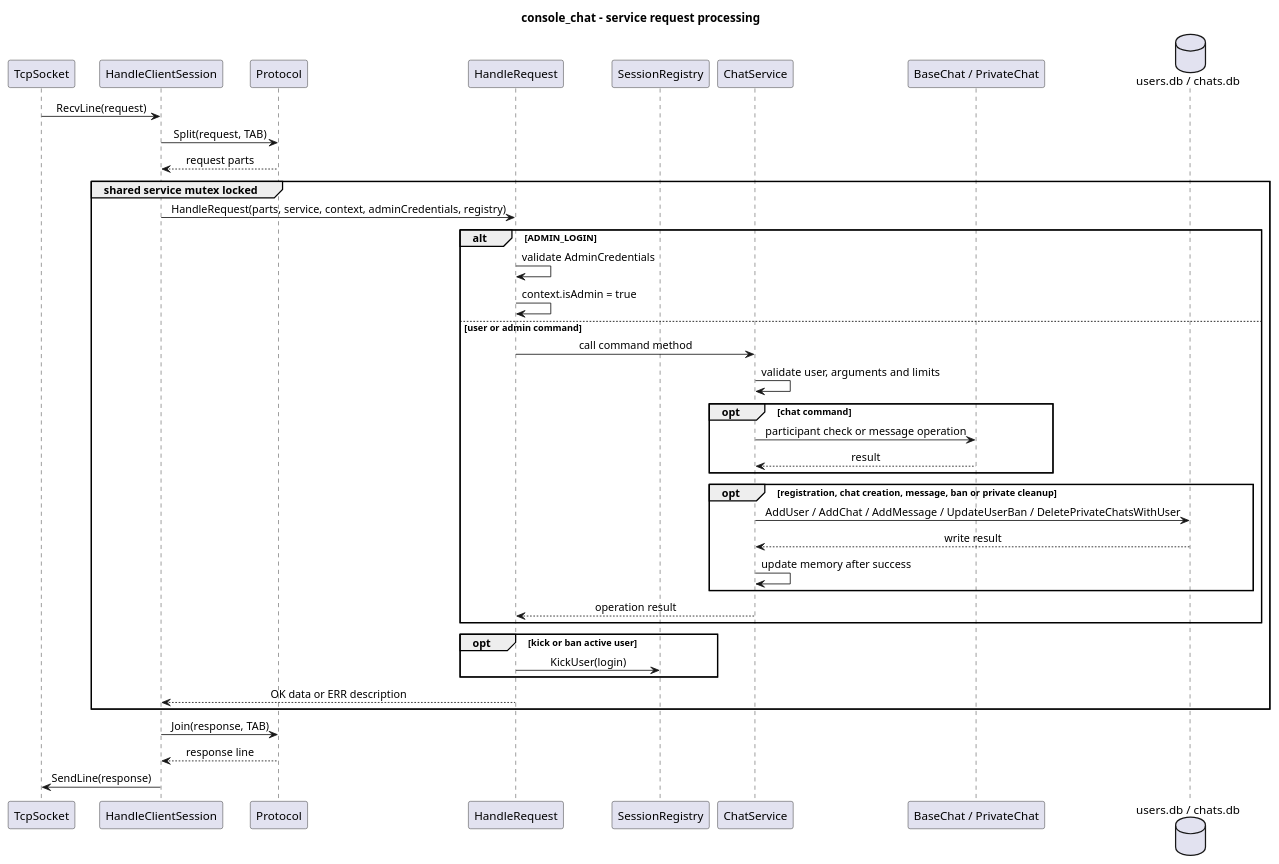
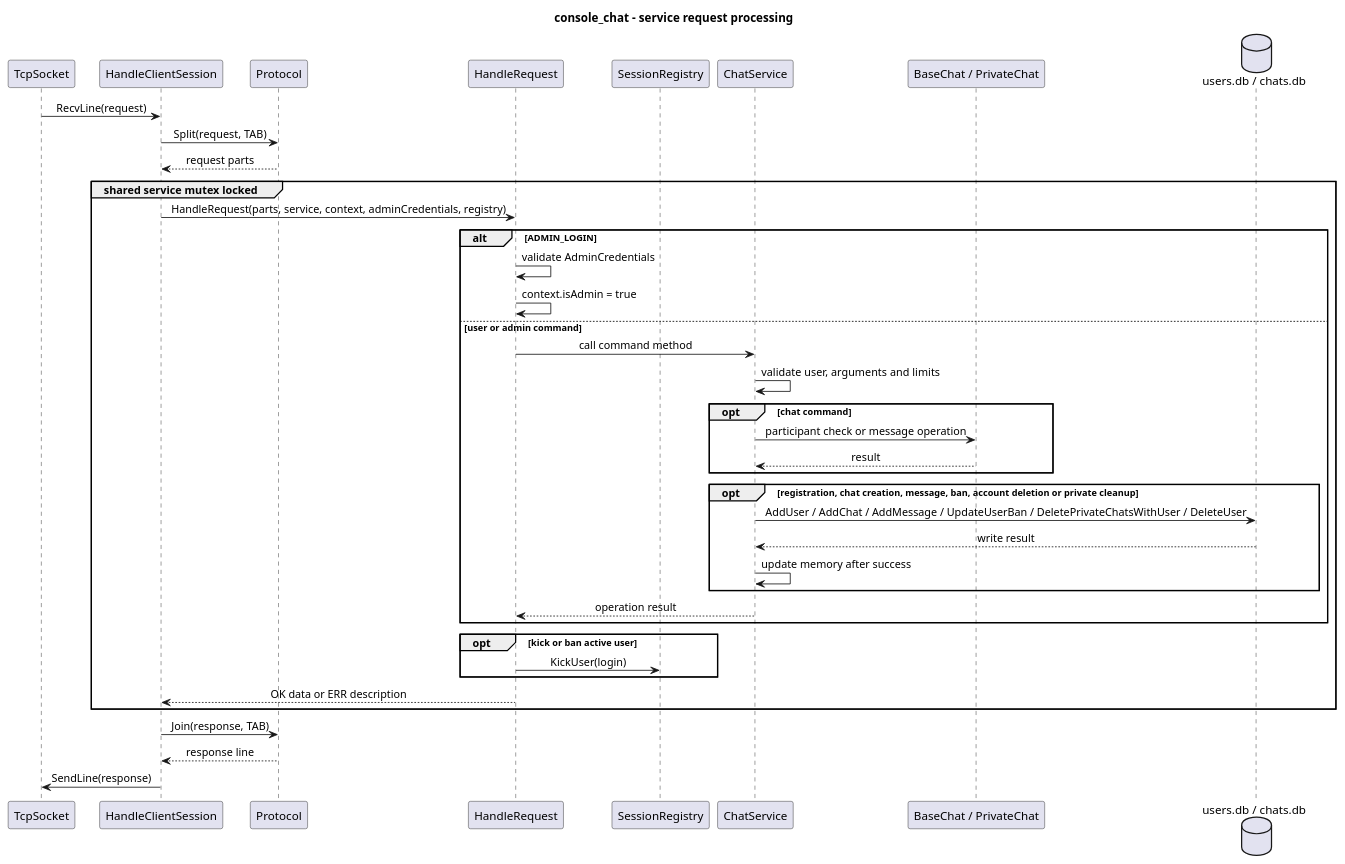
One commit to SAleksandraVGIT/console_chat changed the second of 2 diagrams in doc/service.puml. Above: the diagram before and after it, drawn with PlantUML. The commit also changed other lines of this file and 21 other files, not shown here.

Commit message:
feat(client and admin): Add account deletion and forever-ban cleanup

```diff
--- a/doc/service.puml
+++ b/doc/service.puml
@@ -282,55 +286,55 @@
 @startuml console_chat_service_request
 title console_chat - service request processing
 
 skinparam shadowing false
 skinparam sequenceMessageAlign center
 skinparam wrapWidth 220
 
 participant "TcpSocket" as Socket
 participant "HandleClientSession" as Session
 participant "Protocol" as Protocol
 participant "HandleRequest" as Router
 participant "SessionRegistry" as Registry
 participant "ChatService" as Service
 participant "BaseChat / PrivateChat" as Chat
 database "users.db / chats.db" as State
 
 Socket -> Session : RecvLine(request)
 Session -> Protocol : Split(request, TAB)
 Protocol --> Session : request parts
 
 group shared service mutex locked
   Session -> Router : HandleRequest(parts, service, context, adminCredentials, registry)
   alt ADMIN_LOGIN
     Router -> Router : validate AdminCredentials
     Router -> Router : context.isAdmin = true
   else user or admin command
     Router -> Service : call command method
     Service -> Service : validate user, arguments and limits
 
     opt chat command
       Service -> Chat : participant check or message operation
       Chat --> Service : result
     end
 
-    opt registration, chat creation, message, ban or private cleanup
-      Service -> State : AddUser / AddChat / AddMessage / UpdateUserBan / DeletePrivateChatsWithUser
+    opt registration, chat creation, message, ban, account deletion or private cleanup
+      Service -> State : AddUser / AddChat / AddMessage / UpdateUserBan / DeletePrivateChatsWithUser / DeleteUser
       State --> Service : write result
       Service -> Service : update memory after success
     end
 
     Service --> Router : operation result
   end
 
   opt kick or ban active user
     Router -> Registry : KickUser(login)
   end
 
   Router --> Session : OK data or ERR description
 end
 
 Session -> Protocol : Join(response, TAB)
 Protocol --> Session : response line
 Session -> Socket : SendLine(response)
 
 @enduml
```
